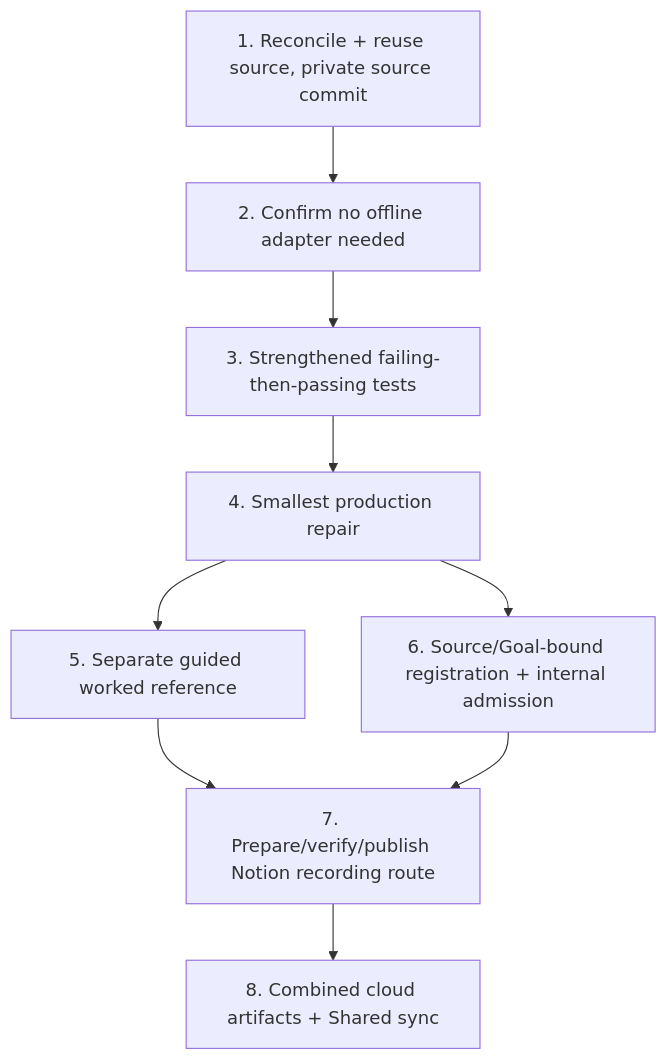
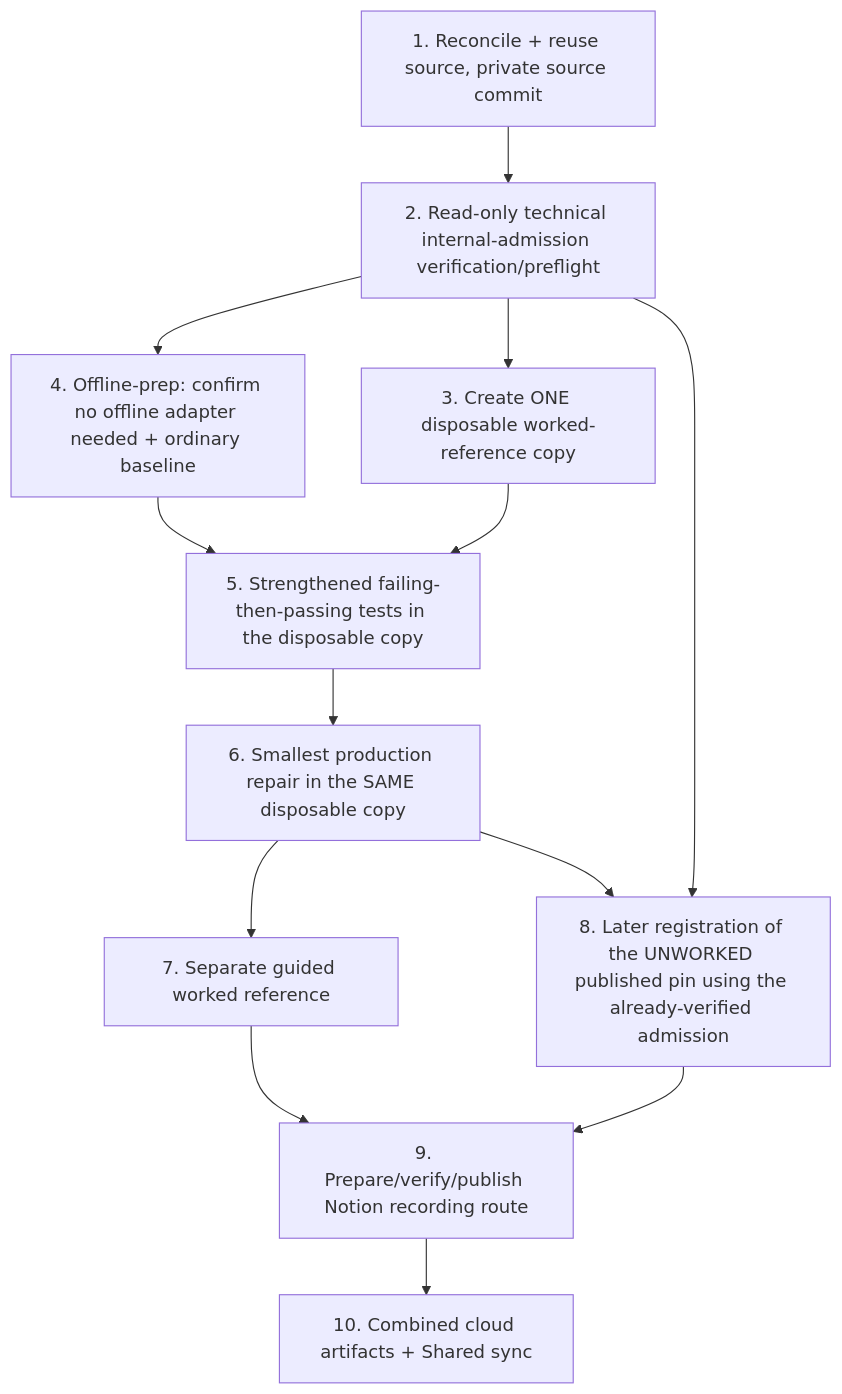
One commit to KyPython/ai-governance changed the diagram in specs/odin-bootcamp/javascript-signup-form-validation-regex-repair/tasks.md. Above: the diagram before and after it, drawn with Mermaid. The commit also changed other lines of this file and 37 other files, not shown here.

Commit message:
docs(worlds): resolve source-bound spec review findings

````diff
--- a/specs/odin-bootcamp/javascript-signup-form-validation-regex-repair/tasks.md
+++ b/specs/odin-bootcamp/javascript-signup-form-validation-regex-repair/tasks.md
@@ -9,11 +9,15 @@
 ```mermaid
 graph TD
-  T1[1. Reconcile + reuse source, private source commit] --> T2[2. Confirm no offline adapter needed]
-  T2 --> T3[3. Strengthened failing-then-passing tests]
-  T3 --> T4[4. Smallest production repair]
-  T4 --> T5[5. Separate guided worked reference]
-  T4 --> T6[6. Source/Goal-bound registration + internal admission]
-  T5 --> T7[7. Prepare/verify/publish Notion recording route]
-  T6 --> T7
-  T7 --> T8[8. Combined cloud artifacts + Shared sync]
+  T1[1. Reconcile + reuse source, private source commit] --> T2[2. Read-only technical internal-admission verification/preflight]
+  T2 --> T4[4. Offline-prep: confirm no offline adapter needed + ordinary baseline]
+  T2 --> T3[3. Create ONE disposable worked-reference copy]
+  T4 --> T5[5. Strengthened failing-then-passing tests in the disposable copy]
+  T3 --> T5
+  T5 --> T6[6. Smallest production repair in the SAME disposable copy]
+  T6 --> T7[7. Separate guided worked reference]
+  T2 --> T8[8. Later registration of the UNWORKED published pin using the already-verified admission]
+  T6 --> T8
+  T7 --> T9[9. Prepare/verify/publish Notion recording route]
+  T8 --> T9
+  T9 --> T10[10. Combined cloud artifacts + Shared sync]
 ```
````
